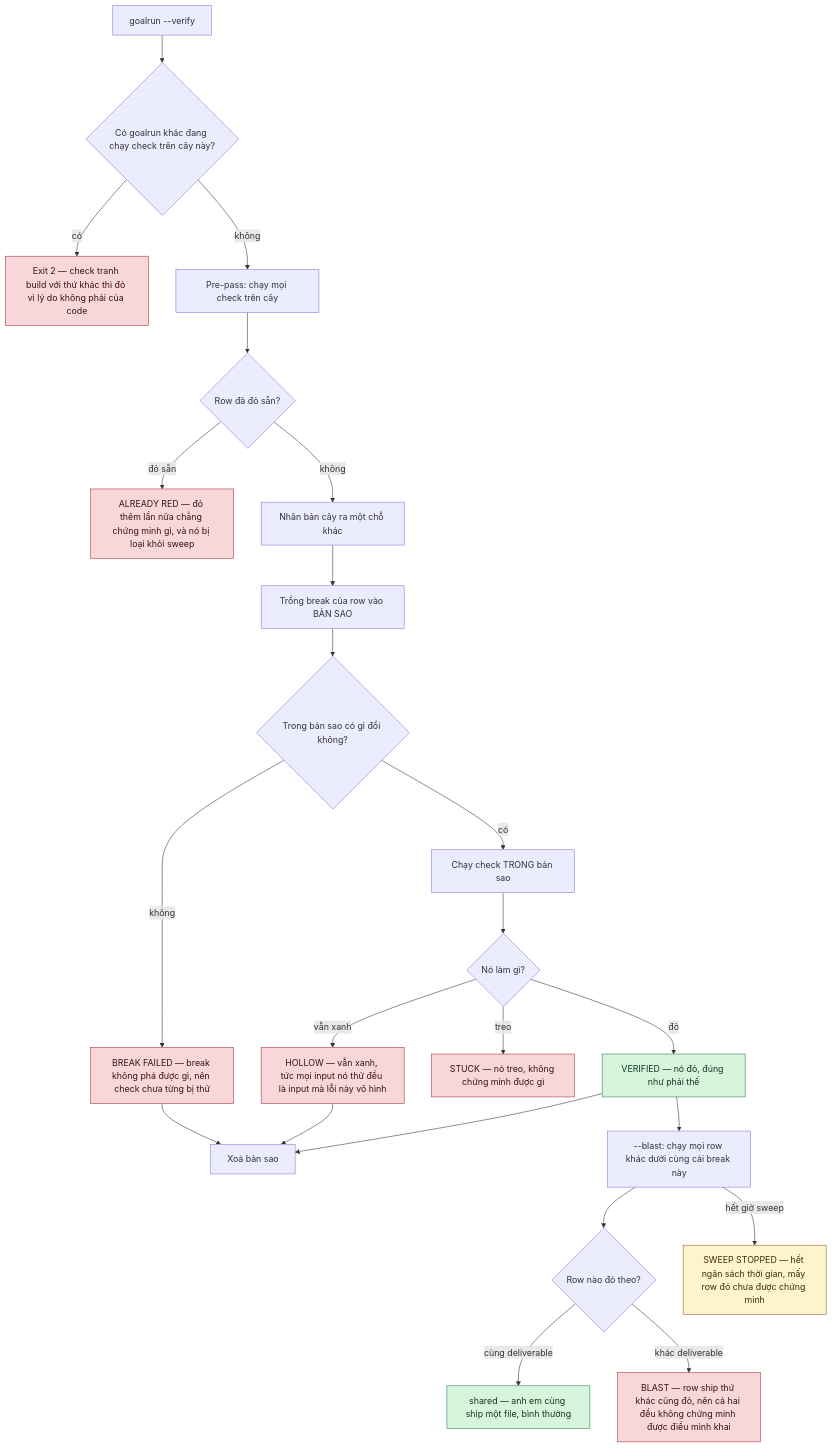
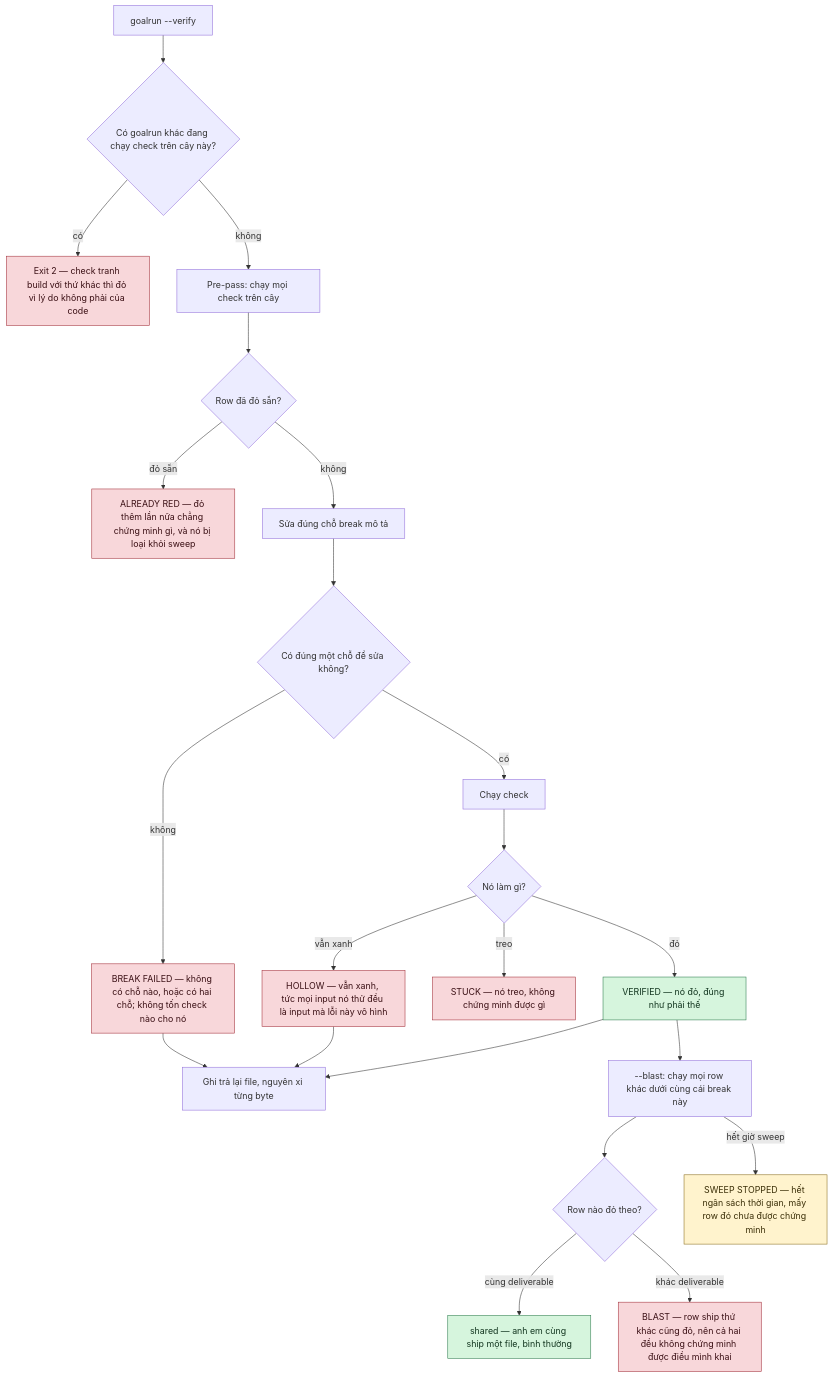
The fourth of 4 diagrams in docs/how-it-works.vi.md (xtieume/testcase), drawn with Mermaid before and after one commit. The commit also changed other lines of this file and 5 other files, not shown here.

````diff
--- a/docs/how-it-works.vi.md
+++ b/docs/how-it-works.vi.md
@@ -148,61 +148,59 @@
 ```mermaid
 flowchart TD
     V["goalrun --verify"]
     LOCK{"Có goalrun khác đang chạy check trên cây này?"}
     STOPL["Exit 2 — check tranh build với thứ khác thì đỏ vì lý do không phải của code"]
 
     PRE["Pre-pass: chạy mọi check trên cây"]
     RED{"Row đã đỏ sẵn?"}
     AR["ALREADY RED — đỏ thêm lần nữa chẳng chứng minh gì, và nó bị loại khỏi sweep"]
 
-    CLONE["Nhân bản cây ra một chỗ khác"]
-    PLANT["Trồng break của row vào BẢN SAO"]
-    MOVED{"Trong bản sao có gì đổi không?"}
-    BF["BREAK FAILED — break không phá được gì, nên check chưa từng bị thử"]
+    PLANT["Sửa đúng chỗ break mô tả"]
+    MOVED{"Có đúng một chỗ để sửa không?"}
+    BF["BREAK FAILED — không có chỗ nào, hoặc có hai chỗ; không tốn check nào cho nó"]
 
-    CHECK["Chạy check TRONG bản sao"]
+    CHECK["Chạy check"]
     RESULT{"Nó làm gì?"}
     HOLLOW["HOLLOW — vẫn xanh, tức mọi input nó thử đều là input mà lỗi này vô hình"]
     STUCK["STUCK — nó treo, không chứng minh được gì"]
     VERIFIED["VERIFIED — nó đỏ, đúng như phải thế"]
-    DROP["Xoá bản sao"]
+    DROP["Ghi trả lại file, nguyên xi từng byte"]
 
     SWEEP["--blast: chạy mọi row khác dưới cùng cái break này"]
     SIB{"Row nào đỏ theo?"}
     SHARED["shared — anh em cùng ship một file, bình thường"]
     BLAST["BLAST — row ship thứ khác cũng đỏ, nên cả hai đều không chứng minh được điều mình khai"]
     BUDGET["SWEEP STOPPED — hết ngân sách thời gian, mấy row đó chưa được chứng minh"]
 
     V --> LOCK
     LOCK -->|"có"| STOPL
     LOCK -->|"không"| PRE
     PRE --> RED
     RED -->|"đỏ sẵn"| AR
-    RED -->|"không"| CLONE
-    CLONE --> PLANT
+    RED -->|"không"| PLANT
     PLANT --> MOVED
     MOVED -->|"không"| BF
     MOVED -->|"có"| CHECK
     CHECK --> RESULT
     RESULT -->|"vẫn xanh"| HOLLOW
     RESULT -->|"treo"| STUCK
     RESULT -->|"đỏ"| VERIFIED
     VERIFIED --> SWEEP
     SWEEP --> SIB
     SIB -->|"cùng deliverable"| SHARED
     SIB -->|"khác deliverable"| BLAST
     SWEEP -->|"hết giờ sweep"| BUDGET
     VERIFIED --> DROP
     HOLLOW --> DROP
     BF --> DROP
 
     style VERIFIED fill:#d6f5dd,stroke:#2f7d4f,color:#12351f
     style SHARED fill:#d6f5dd,stroke:#2f7d4f,color:#12351f
     style HOLLOW fill:#f8d7da,stroke:#a3303b,color:#3b1015
     style STUCK fill:#f8d7da,stroke:#a3303b,color:#3b1015
     style BLAST fill:#f8d7da,stroke:#a3303b,color:#3b1015
     style BF fill:#f8d7da,stroke:#a3303b,color:#3b1015
     style AR fill:#f8d7da,stroke:#a3303b,color:#3b1015
     style STOPL fill:#f8d7da,stroke:#a3303b,color:#3b1015
     style BUDGET fill:#fff3cd,stroke:#8a6d1f,color:#3b2f08
 ```
````
